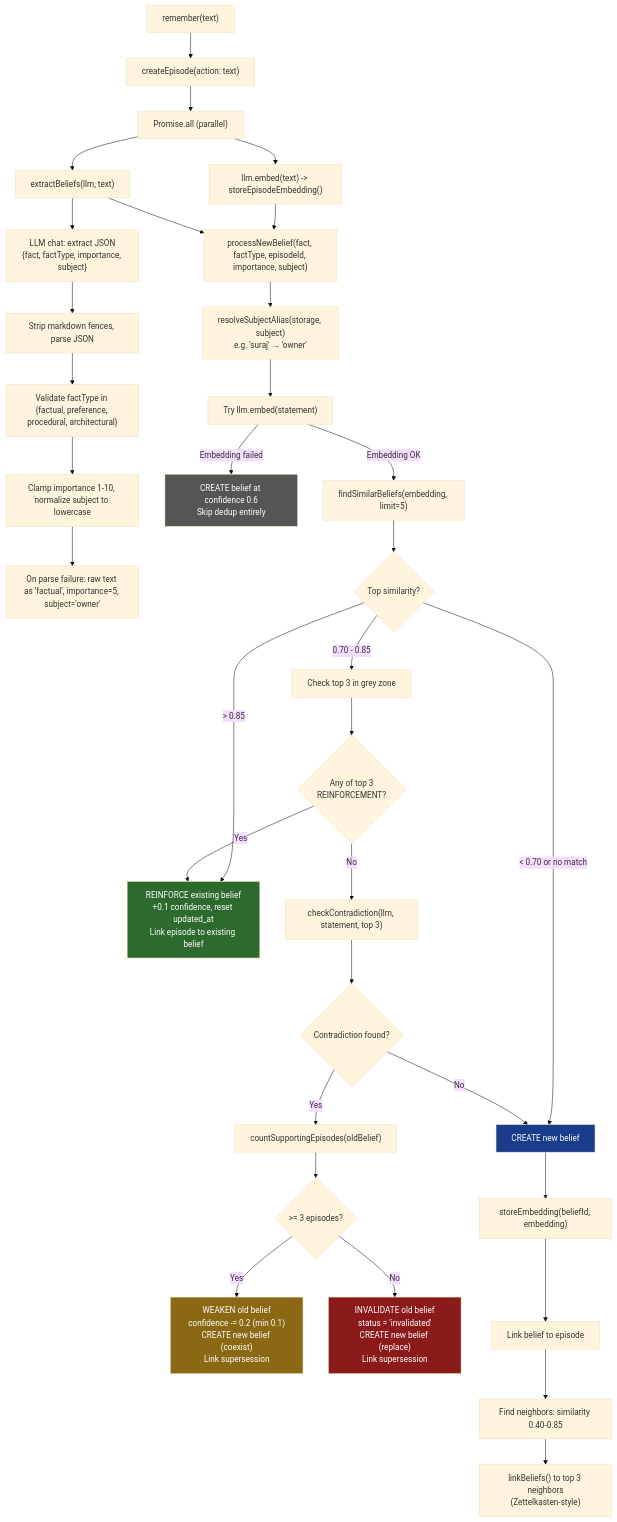
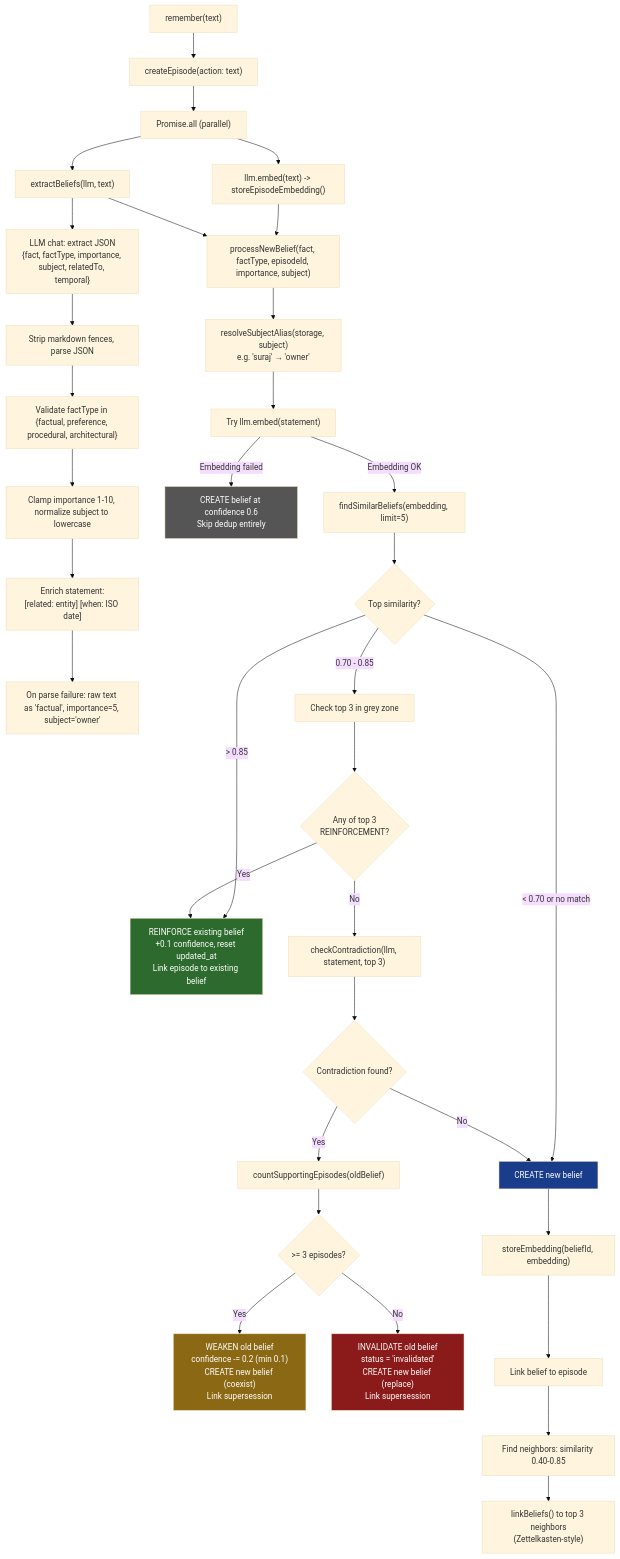
One commit to devjarus/pai changed the first of 5 diagrams in docs/MEMORY-LIFECYCLE.md. Above: the diagram before and after it, drawn with Mermaid (base theme). The commit also changed other lines of this file and 2 other files, not shown here.

First line of the commit message:
docs: update CHANGELOG, ARCHITECTURE, MEMORY-LIFECYCLE for recent changes

````diff
--- a/docs/MEMORY-LIFECYCLE.md
+++ b/docs/MEMORY-LIFECYCLE.md
@@ -11,49 +11,50 @@
 ```mermaid
 flowchart TD
     A["remember(text)"] --> B["createEpisode(action: text)"]
     B --> C["Promise.all (parallel)"]
     C --> D["llm.embed(text) -> storeEpisodeEmbedding()"]
     C --> E["extractBeliefs(llm, text)"]
 
-    E --> E1["LLM chat: extract JSON\n{fact, factType, importance, subject}"]
+    E --> E1["LLM chat: extract JSON\n{fact, factType, importance, subject, relatedTo, temporal}"]
     E1 --> E2["Strip markdown fences, parse JSON"]
     E2 --> E3["Validate factType in {factual, preference, procedural, architectural}"]
     E3 --> E4["Clamp importance 1-10, normalize subject to lowercase"]
-    E4 --> E5["On parse failure: raw text as 'factual', importance=5, subject='owner'"]
+    E4 --> E4a["Enrich statement:\n[related: entity] [when: ISO date]"]
+    E4a --> E5["On parse failure: raw text as 'factual', importance=5, subject='owner'"]
 
     D --> F["processNewBelief(fact, factType, episodeId, importance, subject)"]
     E --> F
 
     F --> F0["resolveSubjectAlias(storage, subject)\ne.g. 'suraj' → 'owner'"]
     F0 --> G["Try llm.embed(statement)"]
     G -->|Embedding failed| H["CREATE belief at confidence 0.6\nSkip dedup entirely"]
     G -->|Embedding OK| I["findSimilarBeliefs(embedding, limit=5)"]
 
     I --> J{Top similarity?}
     J -->|"> 0.85"| K["REINFORCE existing belief\n+0.1 confidence, reset updated_at\nLink episode to existing belief"]
     J -->|"0.70 - 0.85"| L["Check top 3 in grey zone"]
     J -->|"< 0.70 or no match"| M["CREATE new belief"]
 
     L --> L1{"Any of top 3\nREINFORCEMENT?"}
     L1 -->|Yes| K
     L1 -->|No| L2["checkContradiction(llm, statement, top 3)"]
     L2 --> N{Contradiction found?}
     N -->|No| M
     N -->|Yes| O["countSupportingEpisodes(oldBelief)"]
 
     O --> P{">= 3 episodes?"}
     P -->|Yes| Q["WEAKEN old belief\nconfidence -= 0.2 (min 0.1)\nCREATE new belief (coexist)\nLink supersession"]
     P -->|No| R["INVALIDATE old belief\nstatus = 'invalidated'\nCREATE new belief (replace)\nLink supersession"]
 
     M --> S["storeEmbedding(beliefId, embedding)"]
     S --> T["Link belief to episode"]
     T --> U["Find neighbors: similarity 0.40-0.85"]
     U --> V["linkBeliefs() to top 3 neighbors\n(Zettelkasten-style)"]
 
     style K fill:#2d6a2d,color:#fff
     style Q fill:#8b6914,color:#fff
     style R fill:#8b1a1a,color:#fff
     style M fill:#1a3d8b,color:#fff
     style H fill:#555,color:#fff
 
 ```
````
